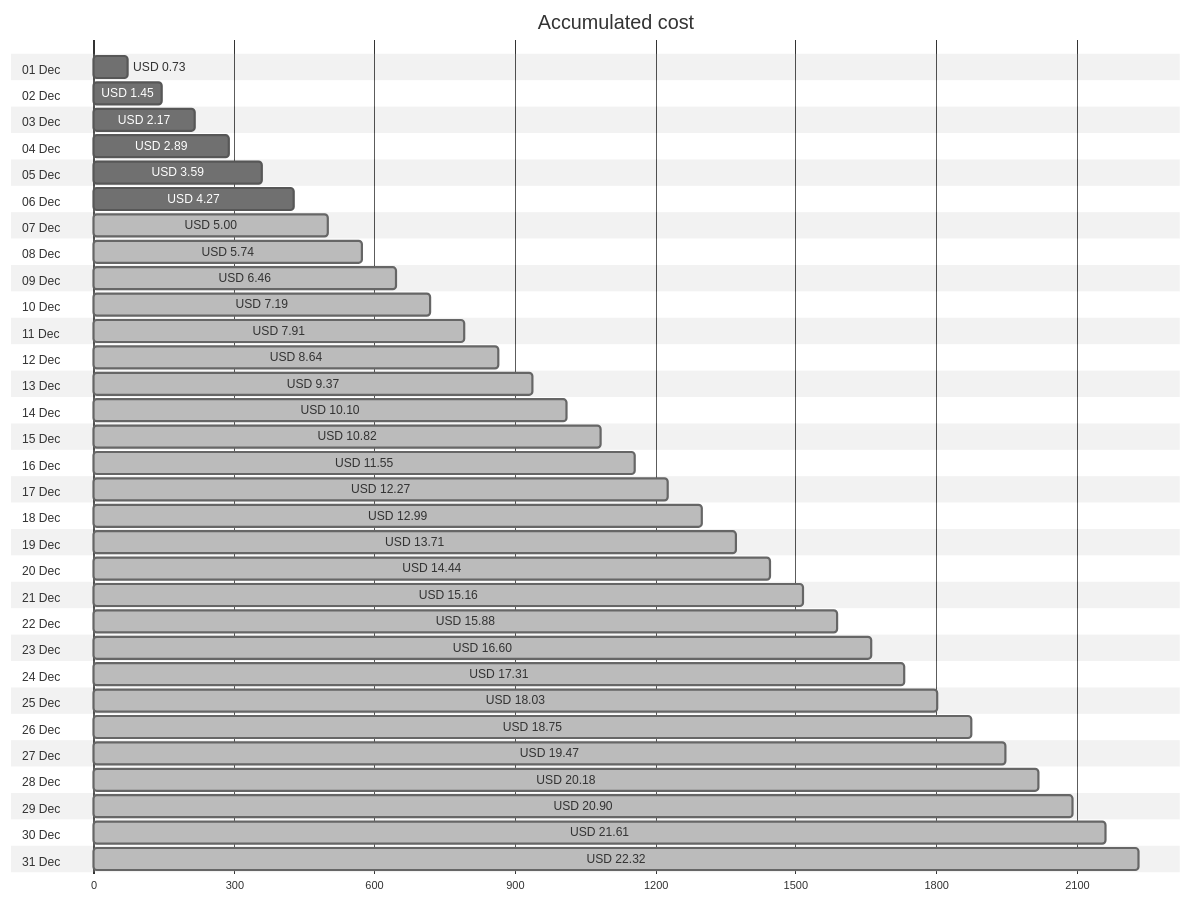
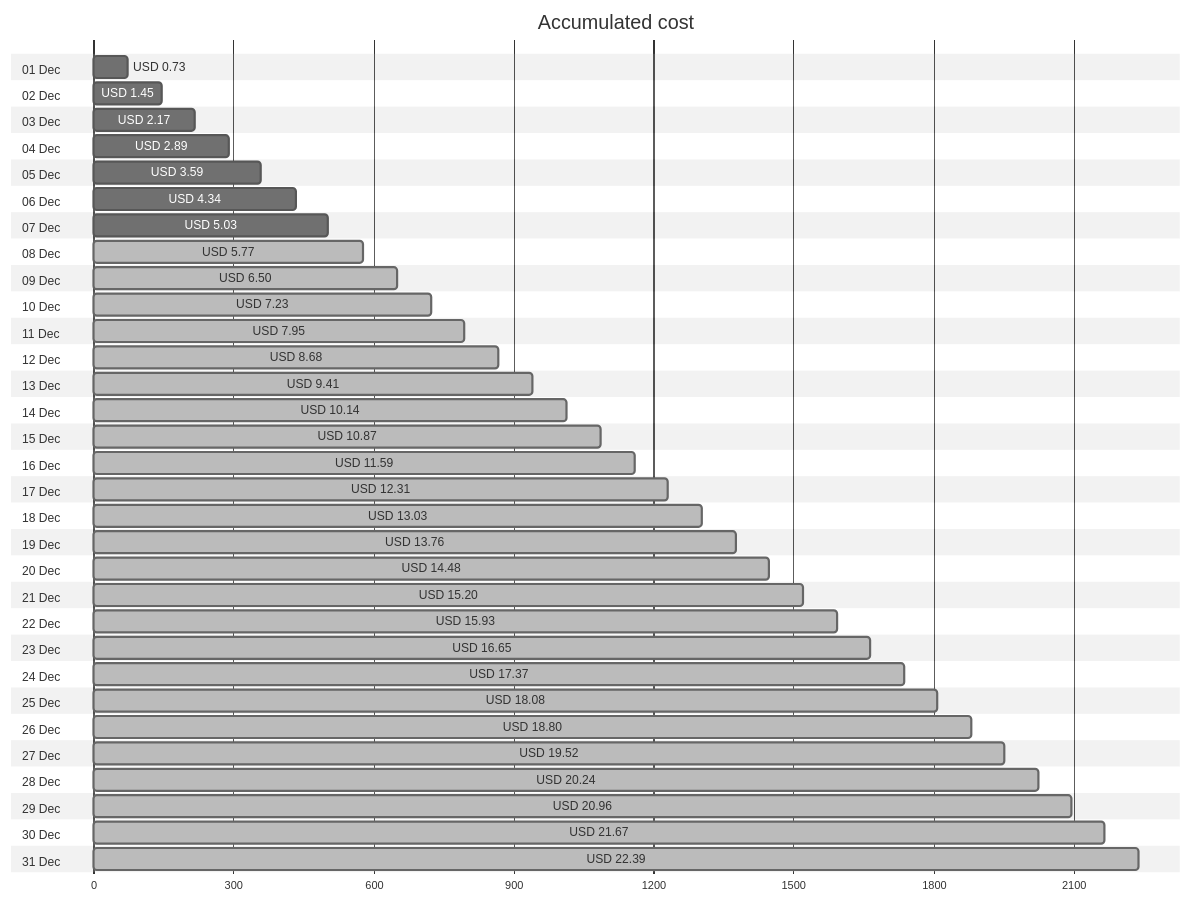
The first of 4 diagrams in cost-reports/personal-network/backup-server-data-disk.md (jpfulton/azure-personal-reports), drawn with Mermaid (neutral theme) before and after one commit. The commit also changed other lines of this file and 8 other files, not shown here.

````diff
--- a/cost-reports/personal-network/backup-server-data-disk.md
+++ b/cost-reports/personal-network/backup-server-data-disk.md
@@ -20,68 +20,68 @@
 ```mermaid
 gantt
    title Accumulated cost
    dateFormat  X
    axisFormat %s
    section 01 Dec
    USD 0.73 :0, 73
    section 02 Dec
    USD 1.45 :0, 145
    section 03 Dec
    USD 2.17 :0, 217
    section 04 Dec
    USD 2.89 :0, 289
    section 05 Dec
    USD 3.59 :0, 359
    section 06 Dec
-   USD 4.27 :0, 427
+   USD 4.34 :0, 434
    section 07 Dec
-   USD 5.00 : done, 0, 500
+   USD 5.03 :0, 503
    section 08 Dec
-   USD 5.74 : done, 0, 574
+   USD 5.77 : done, 0, 577
    section 09 Dec
-   USD 6.46 : done, 0, 646
+   USD 6.50 : done, 0, 650
    section 10 Dec
-   USD 7.19 : done, 0, 719
+   USD 7.23 : done, 0, 723
    section 11 Dec
-   USD 7.91 : done, 0, 791
+   USD 7.95 : done, 0, 795
    section 12 Dec
-   USD 8.64 : done, 0, 864
+   USD 8.68 : done, 0, 868
    section 13 Dec
-   USD 9.37 : done, 0, 937
+   USD 9.41 : done, 0, 941
    section 14 Dec
-   USD 10.10 : done, 0, 1010
+   USD 10.14 : done, 0, 1014
    section 15 Dec
-   USD 10.82 : done, 0, 1082
+   USD 10.87 : done, 0, 1087
    section 16 Dec
-   USD 11.55 : done, 0, 1155
+   USD 11.59 : done, 0, 1159
    section 17 Dec
-   USD 12.27 : done, 0, 1227
+   USD 12.31 : done, 0, 1231
    section 18 Dec
-   USD 12.99 : done, 0, 1299
+   USD 13.03 : done, 0, 1303
    section 19 Dec
-   USD 13.71 : done, 0, 1371
+   USD 13.76 : done, 0, 1376
    section 20 Dec
-   USD 14.44 : done, 0, 1444
+   USD 14.48 : done, 0, 1448
    section 21 Dec
-   USD 15.16 : done, 0, 1516
+   USD 15.20 : done, 0, 1520
    section 22 Dec
-   USD 15.88 : done, 0, 1588
+   USD 15.93 : done, 0, 1593
    section 23 Dec
-   USD 16.60 : done, 0, 1660
+   USD 16.65 : done, 0, 1665
    section 24 Dec
-   USD 17.31 : done, 0, 1731
+   USD 17.37 : done, 0, 1737
    section 25 Dec
-   USD 18.03 : done, 0, 1803
+   USD 18.08 : done, 0, 1808
    section 26 Dec
-   USD 18.75 : done, 0, 1875
+   USD 18.80 : done, 0, 1880
    section 27 Dec
-   USD 19.47 : done, 0, 1947
+   USD 19.52 : done, 0, 1952
    section 28 Dec
-   USD 20.18 : done, 0, 2018
+   USD 20.24 : done, 0, 2024
    section 29 Dec
-   USD 20.90 : done, 0, 2090
+   USD 20.96 : done, 0, 2096
    section 30 Dec
-   USD 21.61 : done, 0, 2161
+   USD 21.67 : done, 0, 2167
    section 31 Dec
-   USD 22.32 : done, 0, 2232
+   USD 22.39 : done, 0, 2239
 ```
````
